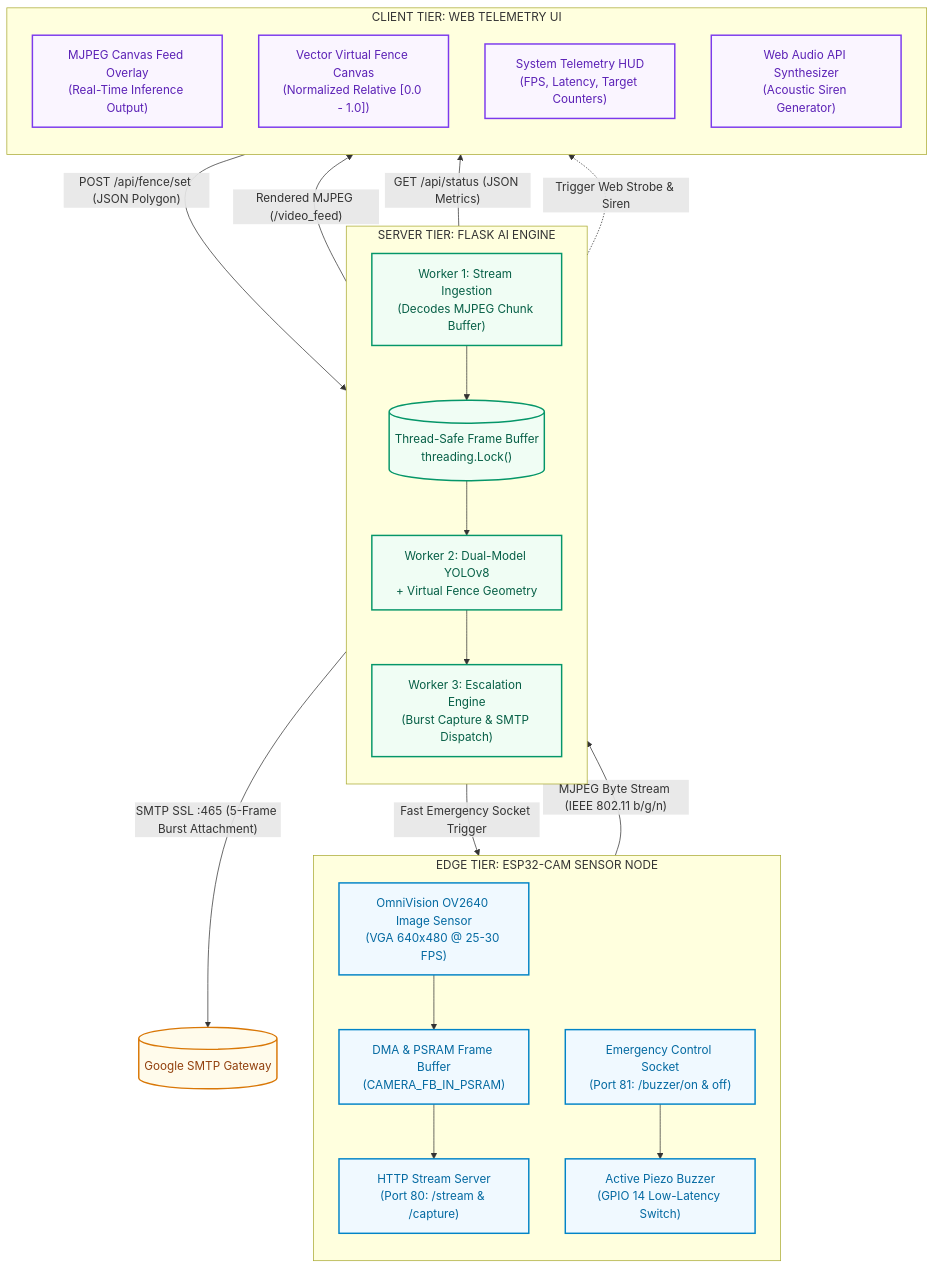
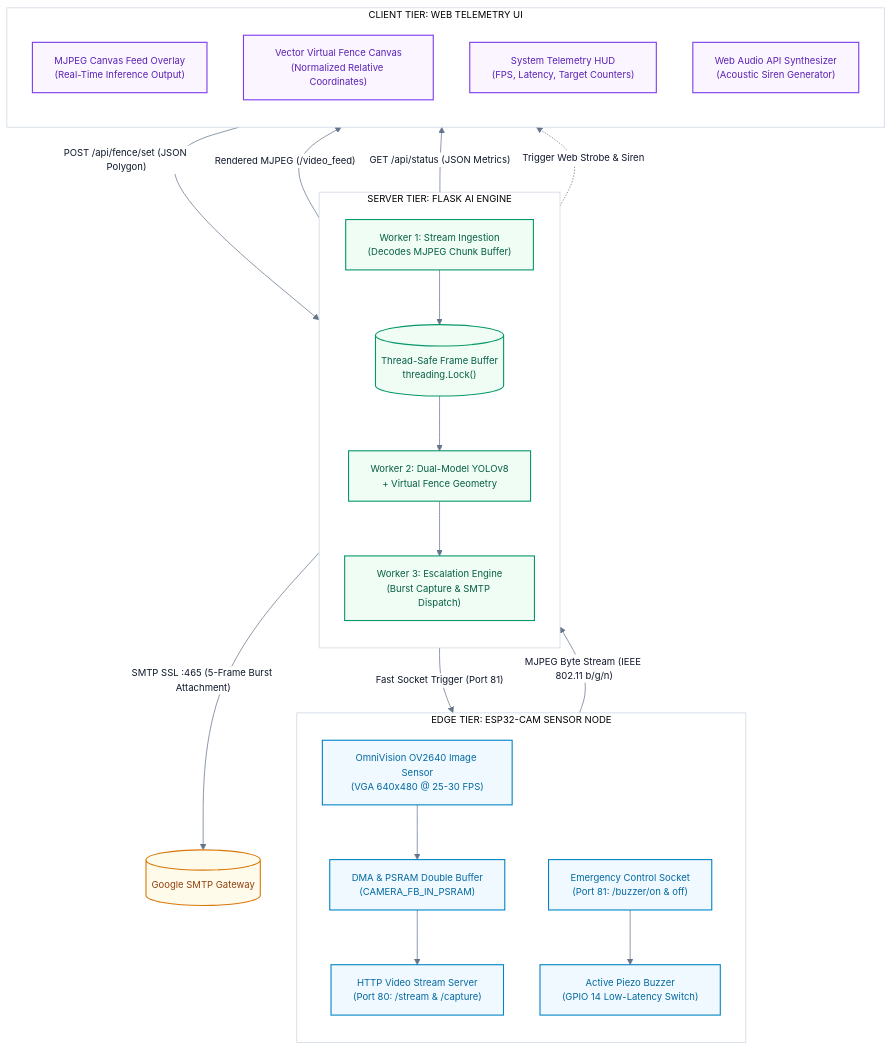
One commit to Cheesenoice/IoT-EdgeAI-Intrusion-Detection changed the first of 7 diagrams in README.md. Above: the diagram before and after it, drawn with Mermaid. The commit also changed other lines of this file and 15 other files, not shown here.

Commit message:
style: unify clean light theme across dashboard and documentation with high-res diagrams

````diff
--- a/README.md
+++ b/README.md
@@ -60,52 +60,67 @@
 ```mermaid
+%%{init: {
+  'theme': 'base',
+  'themeVariables': {
+    'fontFamily': 'Segoe UI, Inter, -apple-system, sans-serif',
+    'fontSize': '13px',
+    'primaryColor': '#ffffff',
+    'primaryTextColor': '#0f172a',
+    'primaryBorderColor': '#3b82f6',
+    'lineColor': '#64748b',
+    'edgeLabelBackground': '#ffffff',
+    'clusterBkg': '#ffffff',
+    'clusterBorder': '#cbd5e1',
+    'mainBkg': '#ffffff'
+  }
+}}%%
 graph TB
     subgraph EdgeTier ["EDGE TIER: ESP32-CAM SENSOR NODE"]
         direction TB
         CamSensor["OmniVision OV2640 Image Sensor<br/>(VGA 640x480 @ 25-30 FPS)"]
-        DMA["DMA & PSRAM Frame Buffer<br/>(CAMERA_FB_IN_PSRAM)"]
-        Port80["HTTP Stream Server<br/>(Port 80: /stream & /capture)"]
+        DMA["DMA & PSRAM Double Buffer<br/>(CAMERA_FB_IN_PSRAM)"]
+        Port80["HTTP Video Stream Server<br/>(Port 80: /stream & /capture)"]
         Port81["Emergency Control Socket<br/>(Port 81: /buzzer/on & off)"]
         BuzzerHw["Active Piezo Buzzer<br/>(GPIO 14 Low-Latency Switch)"]
         
         CamSensor --> DMA --> Port80
         Port81 --> BuzzerHw
     end
 
     subgraph ServerTier ["SERVER TIER: FLASK AI ENGINE"]
         direction TB
         IngestThread["Worker 1: Stream Ingestion<br/>(Decodes MJPEG Chunk Buffer)"]
         SharedFrame[("Thread-Safe Frame Buffer<br/>threading.Lock()")]
         InferenceThread["Worker 2: Dual-Model YOLOv8<br/>+ Virtual Fence Geometry"]
         AlertThread["Worker 3: Escalation Engine<br/>(Burst Capture & SMTP Dispatch)"]
         
         IngestThread --> SharedFrame
         SharedFrame --> InferenceThread
         InferenceThread --> AlertThread
     end
 
     subgraph ClientTier ["CLIENT TIER: WEB TELEMETRY UI"]
         direction TB
         StreamView["MJPEG Canvas Feed Overlay<br/>(Real-Time Inference Output)"]
-        VectorEditor["Vector Virtual Fence Canvas<br/>(Normalized Relative [0.0 - 1.0])"]
+        VectorEditor["Vector Virtual Fence Canvas<br/>(Normalized Relative Coordinates)"]
         TelemetryStats["System Telemetry HUD<br/>(FPS, Latency, Target Counters)"]
         WebAudio["Web Audio API Synthesizer<br/>(Acoustic Siren Generator)"]
     end
 
     Port80 -- "MJPEG Byte Stream (IEEE 802.11 b/g/n)" --> IngestThread
-    AlertThread -- "Fast Emergency Socket Trigger" --> Port81
+    AlertThread -- "Fast Socket Trigger (Port 81)" --> Port81
     InferenceThread -- "Rendered MJPEG (/video_feed)" --> StreamView
     VectorEditor -- "POST /api/fence/set (JSON Polygon)" --> InferenceThread
     InferenceThread -- "GET /api/status (JSON Metrics)" --> TelemetryStats
     InferenceThread -. "Trigger Web Strobe & Siren" .-> WebAudio
     AlertThread -- "SMTP SSL :465 (5-Frame Burst Attachment)" --> MailGateway[("Google SMTP Gateway")]
 
-    classDef edge fill:#f0f9ff,stroke:#0284c7,stroke-width:2px,color:#0369a1;
-    classDef server fill:#f0fdf4,stroke:#059669,stroke-width:2px,color:#065f46;
-    classDef client fill:#faf5ff,stroke:#7c3aed,stroke-width:2px,color:#5b21b6;
-    classDef cloud fill:#fffbeb,stroke:#d97706,stroke-width:2px,color:#92400e;
+    classDef edge fill:#f0f9ff,stroke:#0284c7,stroke-width:1.5px,color:#0369a1;
+    classDef server fill:#f0fdf4,stroke:#059669,stroke-width:1.5px,color:#065f46;
+    classDef client fill:#faf5ff,stroke:#7c3aed,stroke-width:1.5px,color:#5b21b6;
+    classDef cloud fill:#fffbeb,stroke:#d97706,stroke-width:1.5px,color:#92400e;
 
     class CamSensor,DMA,Port80,Port81,BuzzerHw edge;
     class IngestThread,SharedFrame,InferenceThread,AlertThread server;
     class StreamView,VectorEditor,TelemetryStats,WebAudio client;
     class MailGateway cloud;
 ```
````
